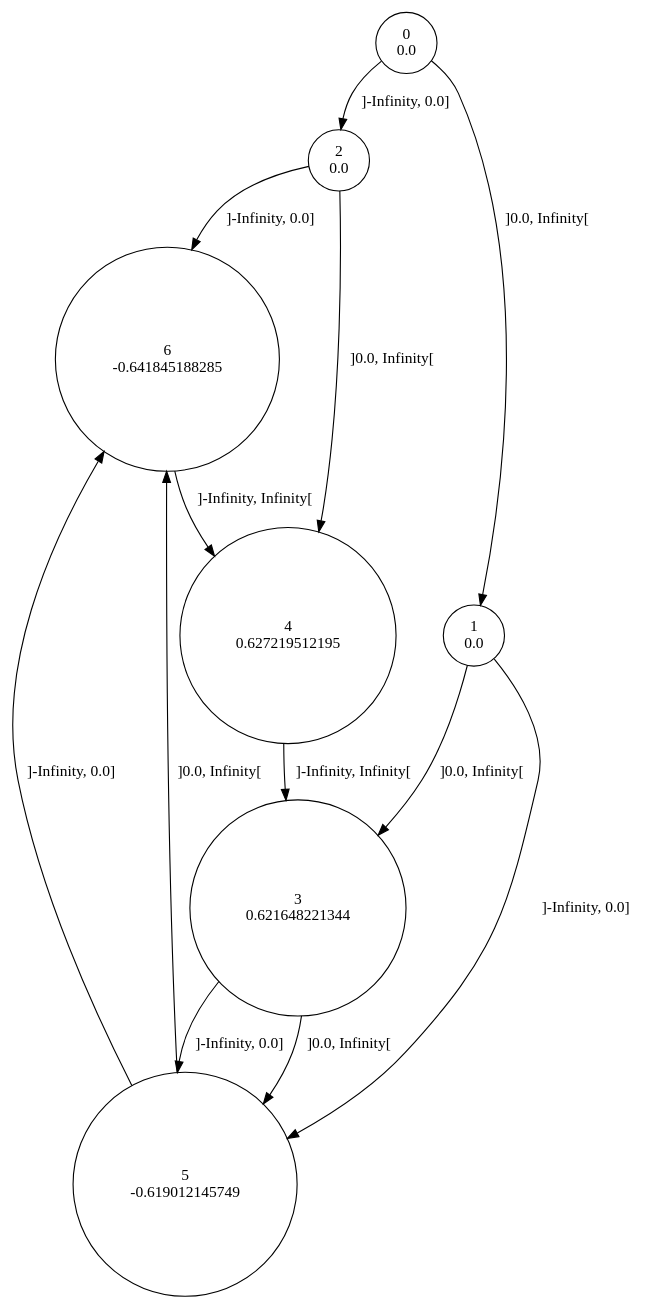
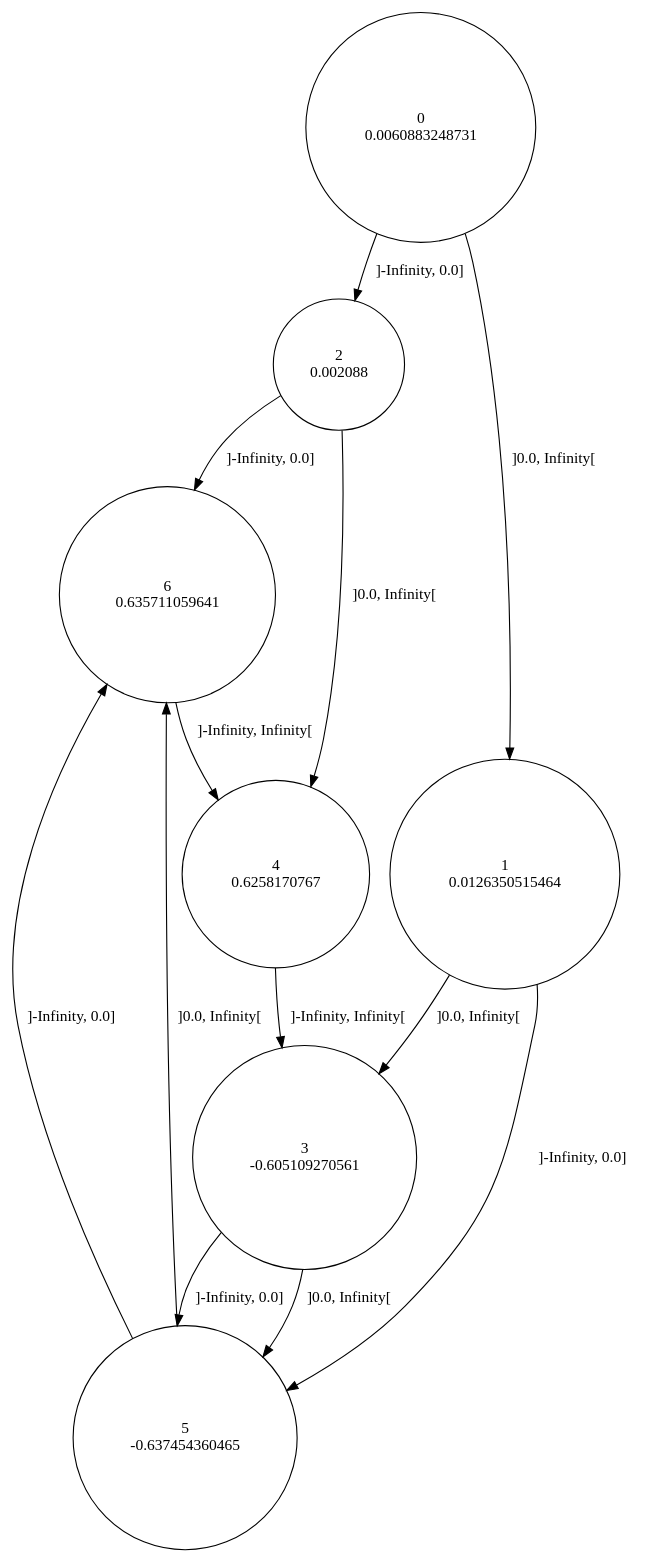
Before and after one commit to gllpellegrino/RAI_experiments: the diagram in sinus/data/2/rtisy.dot, drawn with Graphviz. The commit also changed 25 other files, not shown here.

```diff
--- a/sinus/data/2/rtisy.dot
+++ b/sinus/data/2/rtisy.dot
@@ -1,21 +1,21 @@
 digraph a {
-0 [shape=circle, label="0\n0.0"];
+0 [shape=circle, label="0\n0.0060883248731"];
 	0 -> 2 [label="]-Infinity, 0.0]"];
 	0 -> 1 [label="]0.0, Infinity["];
-1 [shape=circle, label="1\n0.0"];
+1 [shape=circle, label="1\n0.0126350515464"];
 	1 -> 5 [label="]-Infinity, 0.0]"];
 	1 -> 3 [label="]0.0, Infinity["];
-2 [shape=circle, label="2\n0.0"];
+2 [shape=circle, label="2\n0.002088"];
 	2 -> 6 [label="]-Infinity, 0.0]"];
 	2 -> 4 [label="]0.0, Infinity["];
-3 [shape=circle, label="3\n0.621648221344"];
+3 [shape=circle, label="3\n-0.605109270561"];
 	3 -> 5 [label="]-Infinity, 0.0]"];
 	3 -> 5 [label="]0.0, Infinity["];
-4 [shape=circle, label="4\n0.627219512195"];
+4 [shape=circle, label="4\n0.6258170767"];
 	4 -> 3 [label="]-Infinity, Infinity["];
-5 [shape=circle, label="5\n-0.619012145749"];
+5 [shape=circle, label="5\n-0.637454360465"];
 	5 -> 6 [label="]-Infinity, 0.0]"];
 	5 -> 6 [label="]0.0, Infinity["];
-6 [shape=circle, label="6\n-0.641845188285"];
+6 [shape=circle, label="6\n0.635711059641"];
 	6 -> 4 [label="]-Infinity, Infinity["];
 }
```
